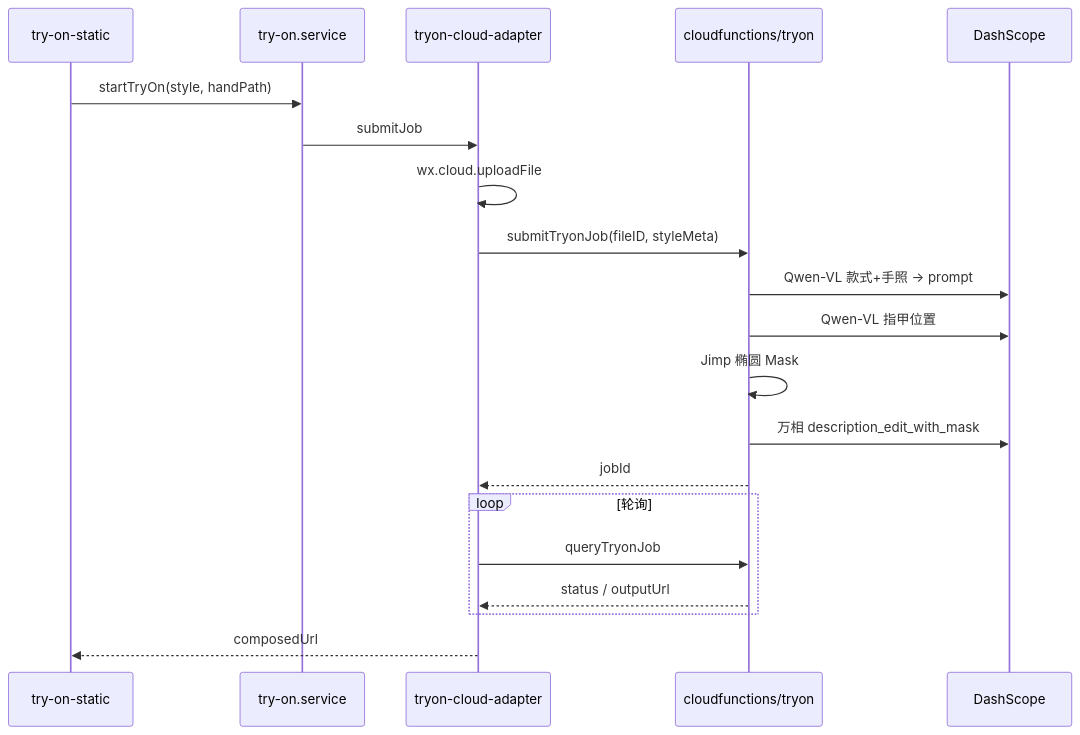
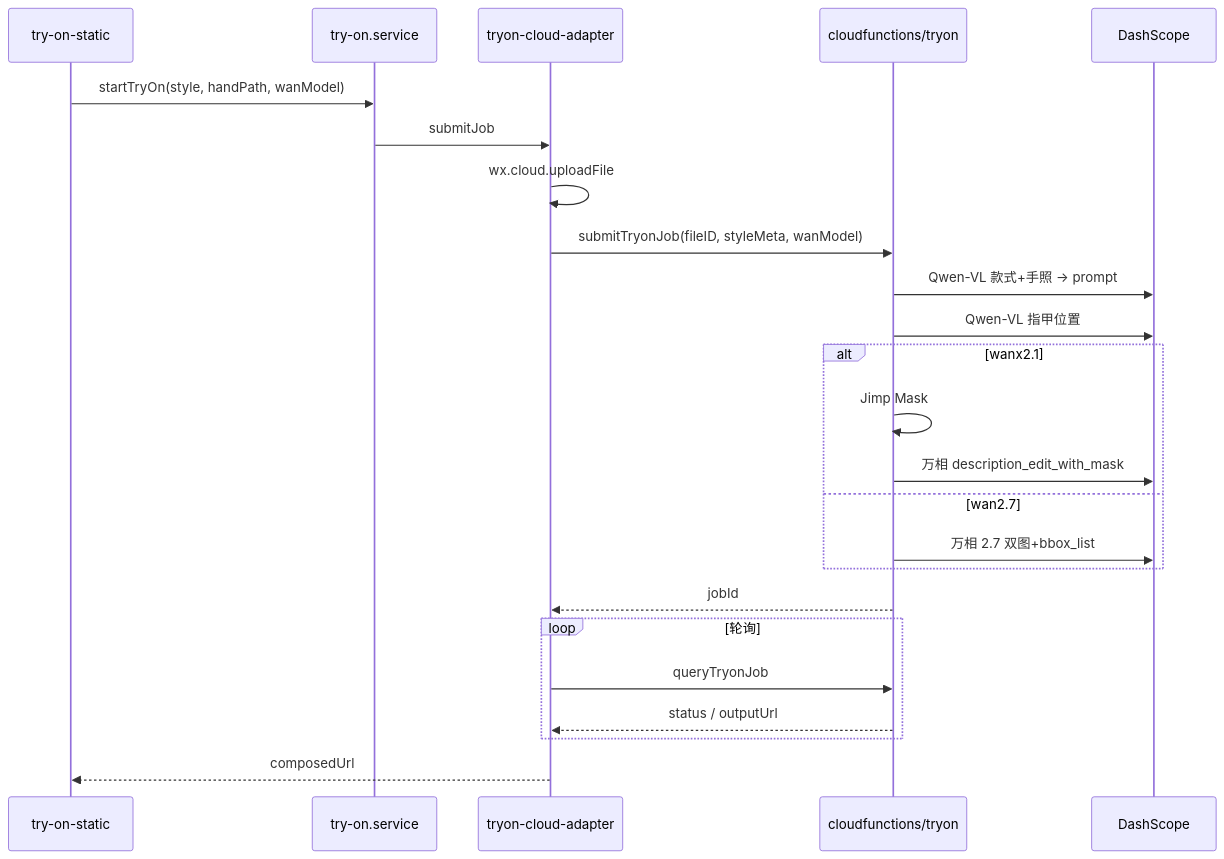
One commit to Icarus-2001/nailmirror-v1.0.3-20260527 changed the diagram in docs/ARCHITECTURE.md. Above: the diagram before and after it, drawn with Mermaid. The commit also changed other lines of this file and 17 other files, not shown here.

First line of the commit message:
feat(tryon): add wan2.7 dual-image backend and model picker

````diff
--- a/docs/ARCHITECTURE.md
+++ b/docs/ARCHITECTURE.md
@@ -17,23 +17,27 @@
 ```mermaid
 sequenceDiagram
   participant P as try-on-static
   participant S as try-on.service
   participant A as tryon-cloud-adapter
   participant CF as cloudfunctions/tryon
   participant DS as DashScope
 
-  P->>S: startTryOn(style, handPath)
+  P->>S: startTryOn(style, handPath, wanModel)
   S->>A: submitJob
   A->>A: wx.cloud.uploadFile
-  A->>CF: submitTryonJob(fileID, styleMeta)
+  A->>CF: submitTryonJob(fileID, styleMeta, wanModel)
   CF->>DS: Qwen-VL 款式+手照 → prompt
   CF->>DS: Qwen-VL 指甲位置
-  CF->>CF: Jimp 椭圆 Mask
-  CF->>DS: 万相 description_edit_with_mask
+  alt wanx2.1
+    CF->>CF: Jimp Mask
+    CF->>DS: 万相 description_edit_with_mask
+  else wan2.7
+    CF->>DS: 万相 2.7 双图+bbox_list
+  end
   CF-->>A: jobId
   loop 轮询
     A->>CF: queryTryonJob
     CF-->>A: status / outputUrl
   end
   A-->>P: composedUrl
 ```
````
